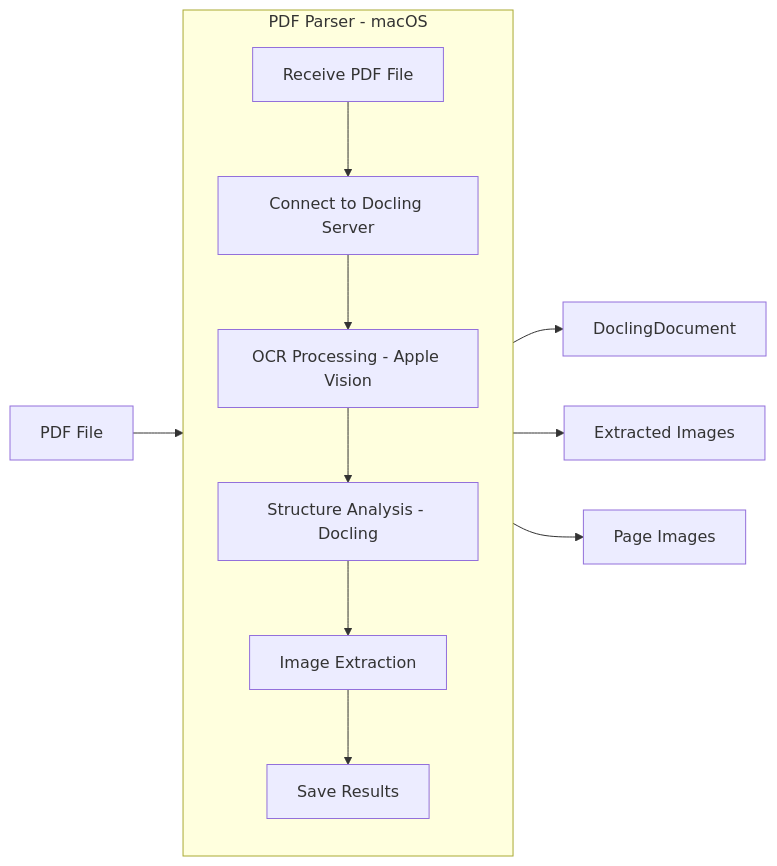
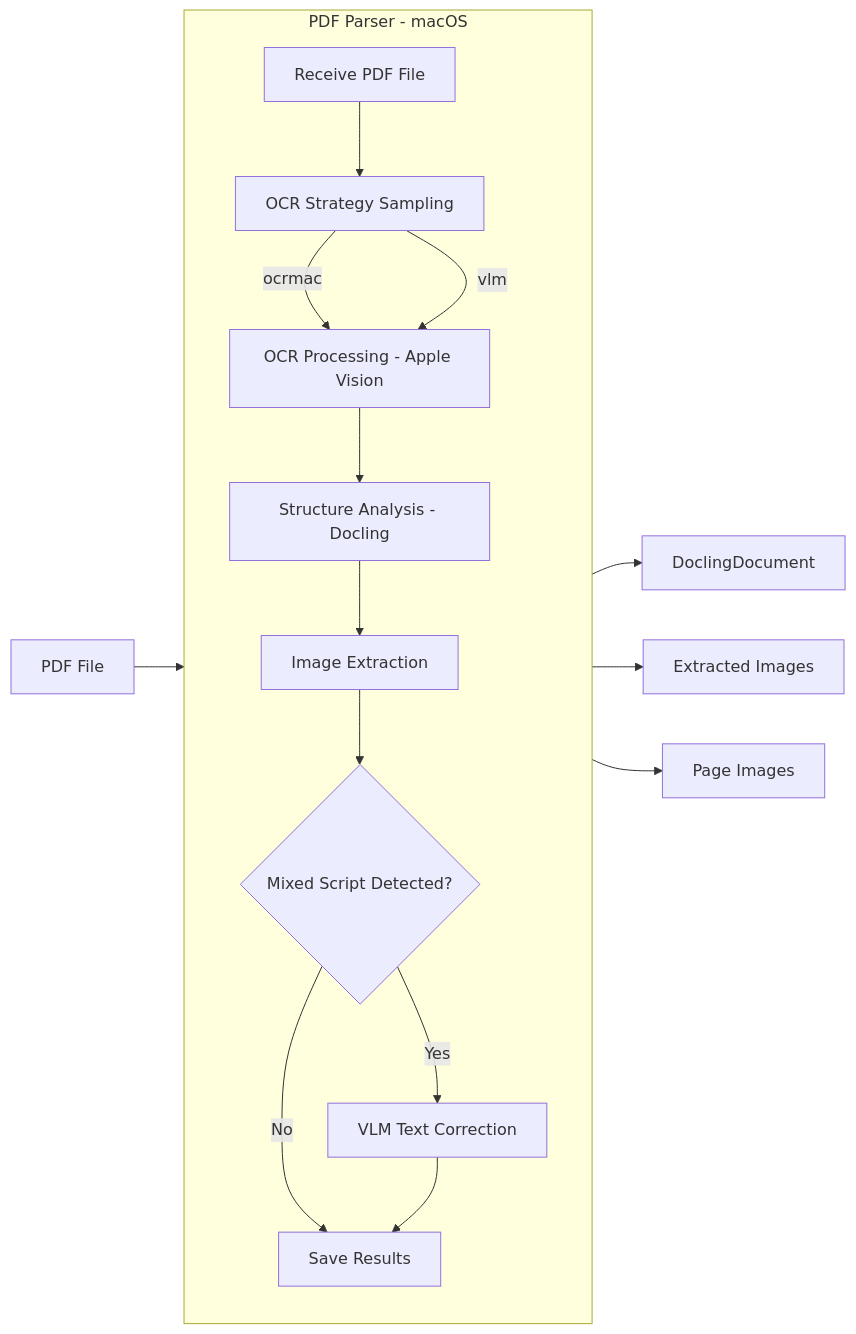
One commit to heripo-lab/heripo-engine changed the third of 6 diagrams in docs/architecture.md. Above: the diagram before and after it, drawn with Mermaid. The commit also changed other lines of this file and 97 other files, not shown here.

First line of the commit message:
feat(pdf-parser): add Hangul-Hanja mix detection with VLM fallback and enhanced LLM strategies (#25)

````diff
--- a/docs/architecture.md
+++ b/docs/architecture.md
@@ -166,16 +167,20 @@
 ```mermaid
 flowchart LR
     subgraph PDFParser[PDF Parser - macOS]
         direction TB
-        A[Receive PDF File] --> B[Connect to Docling Server]
-        B --> C[OCR Processing - Apple Vision]
+        A[Receive PDF File] --> B[OCR Strategy Sampling]
+        B -->|ocrmac| C[OCR Processing - Apple Vision]
+        B -->|vlm| C
         C --> D[Structure Analysis - Docling]
         D --> E[Image Extraction]
-        E --> F[Save Results]
+        E --> F{Mixed Script Detected?}
+        F -->|Yes| G[VLM Text Correction]
+        F -->|No| H[Save Results]
+        G --> H
     end
 
     PDF[PDF File] --> PDFParser
     PDFParser --> Doc[DoclingDocument]
     PDFParser --> Images[Extracted Images]
     PDFParser --> Pages[Page Images]
 ```
````
